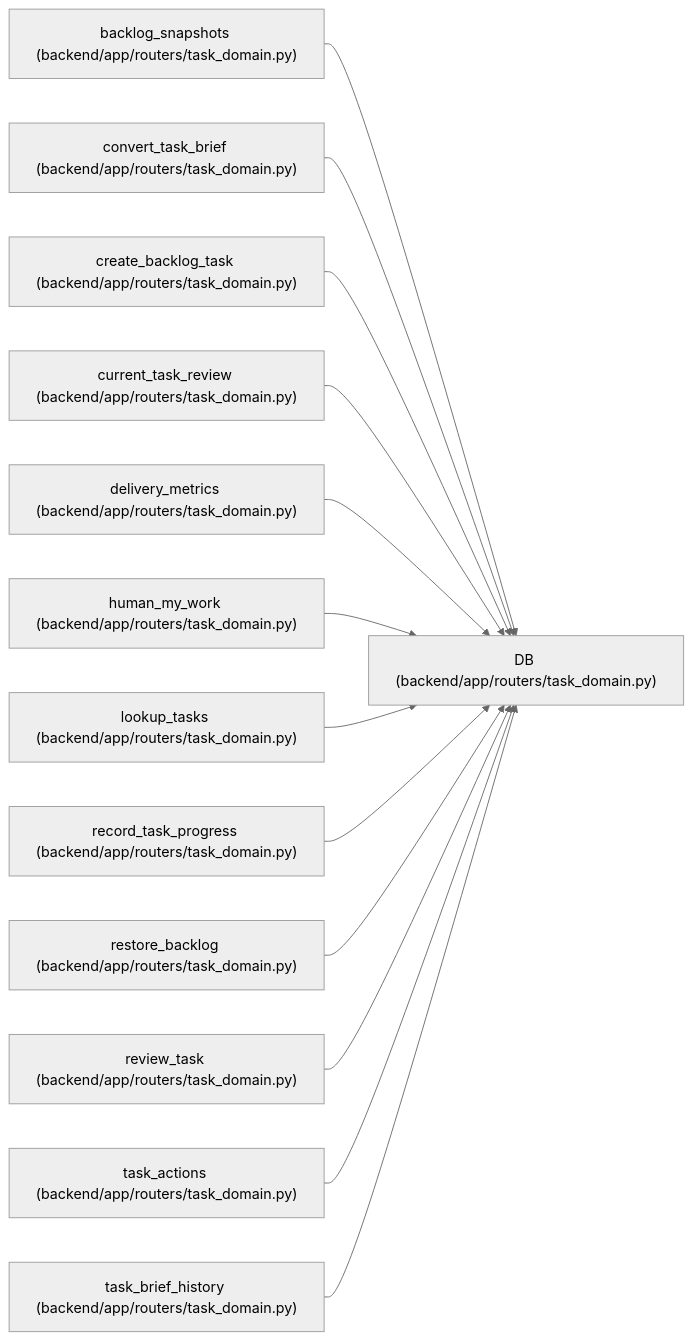
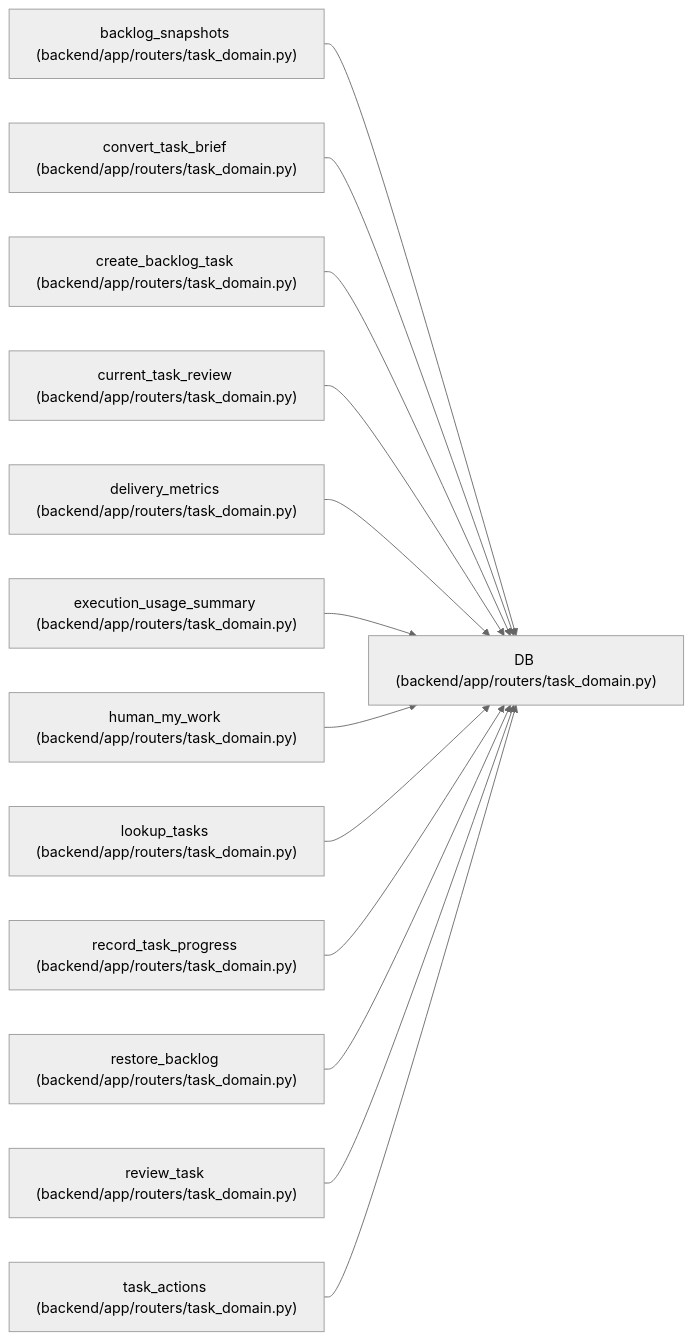
One commit to Denissvgn/WorkChord changed the diagram in docs/llm_wiki/entities/DB.md. Above: the diagram before and after it, drawn with Mermaid (neutral theme). The commit also changed other lines of this file and 623 other files, not shown here.

Commit message:
docs(wiki): synchronize execution usage and pricing evidence

````diff
--- a/docs/llm_wiki/entities/DB.md
+++ b/docs/llm_wiki/entities/DB.md
@@ -24,41 +24,41 @@
 ```mermaid
 flowchart LR
     n0["DB (backend/app/routers/task_domain.py)"]
     n1["backlog_snapshots (backend/app/routers/task_domain.py)"]
     n2["convert_task_brief (backend/app/routers/task_domain.py)"]
     n3["create_backlog_task (backend/app/routers/task_domain.py)"]
     n4["current_task_review (backend/app/routers/task_domain.py)"]
     n5["delivery_metrics (backend/app/routers/task_domain.py)"]
-    n6["human_my_work (backend/app/routers/task_domain.py)"]
-    n7["lookup_tasks (backend/app/routers/task_domain.py)"]
-    n8["record_task_progress (backend/app/routers/task_domain.py)"]
-    n9["restore_backlog (backend/app/routers/task_domain.py)"]
-    n10["review_task (backend/app/routers/task_domain.py)"]
-    n11["task_actions (backend/app/routers/task_domain.py)"]
-    n12["task_brief_history (backend/app/routers/task_domain.py)"]
+    n6["execution_usage_summary (backend/app/routers/task_domain.py)"]
+    n7["human_my_work (backend/app/routers/task_domain.py)"]
+    n8["lookup_tasks (backend/app/routers/task_domain.py)"]
+    n9["record_task_progress (backend/app/routers/task_domain.py)"]
+    n10["restore_backlog (backend/app/routers/task_domain.py)"]
+    n11["review_task (backend/app/routers/task_domain.py)"]
+    n12["task_actions (backend/app/routers/task_domain.py)"]
     n1 --> n0
     n2 --> n0
     n3 --> n0
     n4 --> n0
     n5 --> n0
     n6 --> n0
     n7 --> n0
     n8 --> n0
     n9 --> n0
     n10 --> n0
     n11 --> n0
     n12 --> n0
     click n0 "../modules/routers_task_domain.md"
     click n1 "../modules/routers_task_domain.md"
     click n2 "../modules/routers_task_domain.md"
     click n3 "../modules/routers_task_domain.md"
     click n4 "../modules/routers_task_domain.md"
     click n5 "../modules/routers_task_domain.md"
     click n6 "../modules/routers_task_domain.md"
     click n7 "../modules/routers_task_domain.md"
     click n8 "../modules/routers_task_domain.md"
     click n9 "../modules/routers_task_domain.md"
     click n10 "../modules/routers_task_domain.md"
     click n11 "../modules/routers_task_domain.md"
     click n12 "../modules/routers_task_domain.md"
 ```
````
